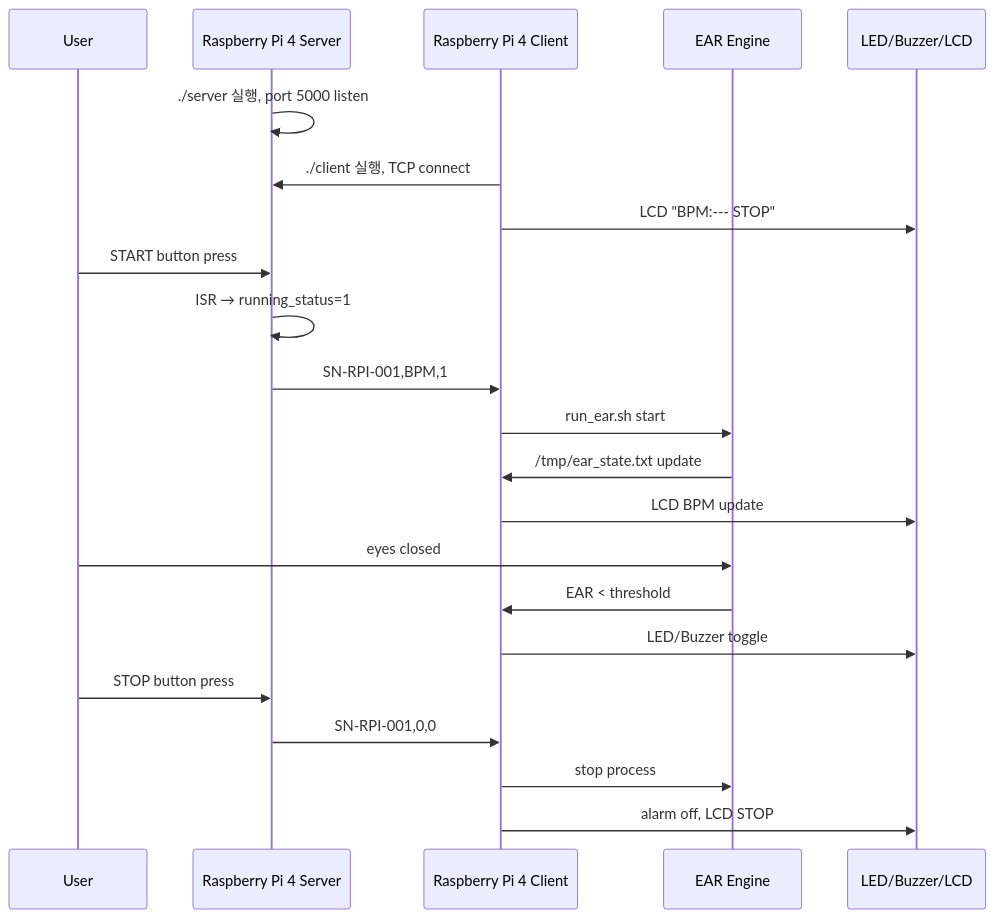
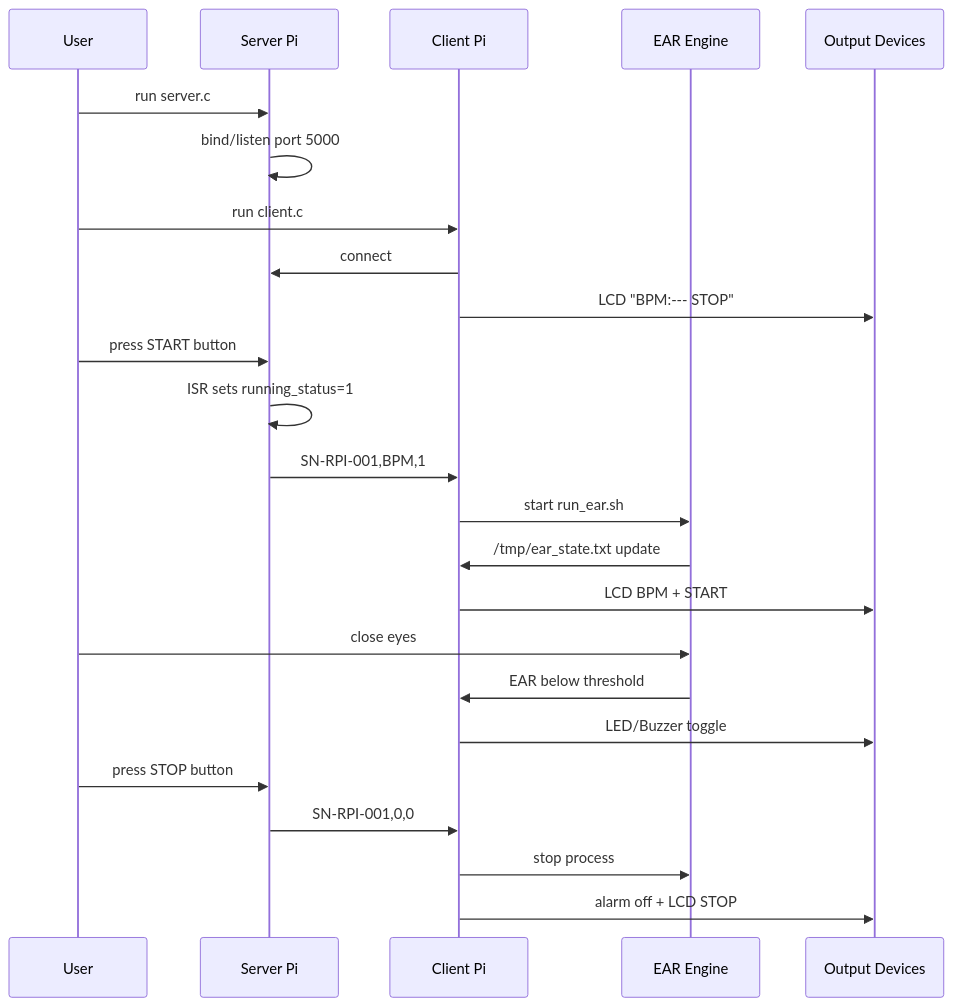
The diagram in docs/07_operation_sequence.md (Tontonjeong/Sleep-monitoring-and-prevention-device), drawn with Mermaid before and after one commit. The commit also changed other lines of this file and 43 other files, not shown here.

````diff
--- a/docs/07_operation_sequence.md
+++ b/docs/07_operation_sequence.md
@@ -12,25 +12,26 @@
 ```mermaid
 sequenceDiagram
-    participant User
-    participant Server as Raspberry Pi 4 Server
-    participant Client as Raspberry Pi 4 Client
-    participant EAR as EAR Engine
-    participant Alarm as LED/Buzzer/LCD
-
-    Server->>Server: ./server 실행, port 5000 listen
-    Client->>Server: ./client 실행, TCP connect
-    Client->>Alarm: LCD "BPM:--- STOP"
-    User->>Server: START button press
-    Server->>Server: ISR → running_status=1
-    Server->>Client: SN-RPI-001,BPM,1
-    Client->>EAR: run_ear.sh start
-    EAR->>Client: /tmp/ear_state.txt update
-    Client->>Alarm: LCD BPM update
-    User->>EAR: eyes closed
-    EAR->>Client: EAR < threshold
-    Client->>Alarm: LED/Buzzer toggle
-    User->>Server: STOP button press
-    Server->>Client: SN-RPI-001,0,0
-    Client->>EAR: stop process
-    Client->>Alarm: alarm off, LCD STOP
+    participant U as User
+    participant S as Server Pi
+    participant C as Client Pi
+    participant E as EAR Engine
+    participant O as Output Devices
+    U->>S: run server.c
+    S->>S: bind/listen port 5000
+    U->>C: run client.c
+    C->>S: connect
+    C->>O: LCD "BPM:--- STOP"
+    U->>S: press START button
+    S->>S: ISR sets running_status=1
+    S->>C: SN-RPI-001,BPM,1
+    C->>E: start run_ear.sh
+    E->>C: /tmp/ear_state.txt update
+    C->>O: LCD BPM + START
+    U->>E: close eyes
+    E->>C: EAR below threshold
+    C->>O: LED/Buzzer toggle
+    U->>S: press STOP button
+    S->>C: SN-RPI-001,0,0
+    C->>E: stop process
+    C->>O: alarm off + LCD STOP
 ```
````
